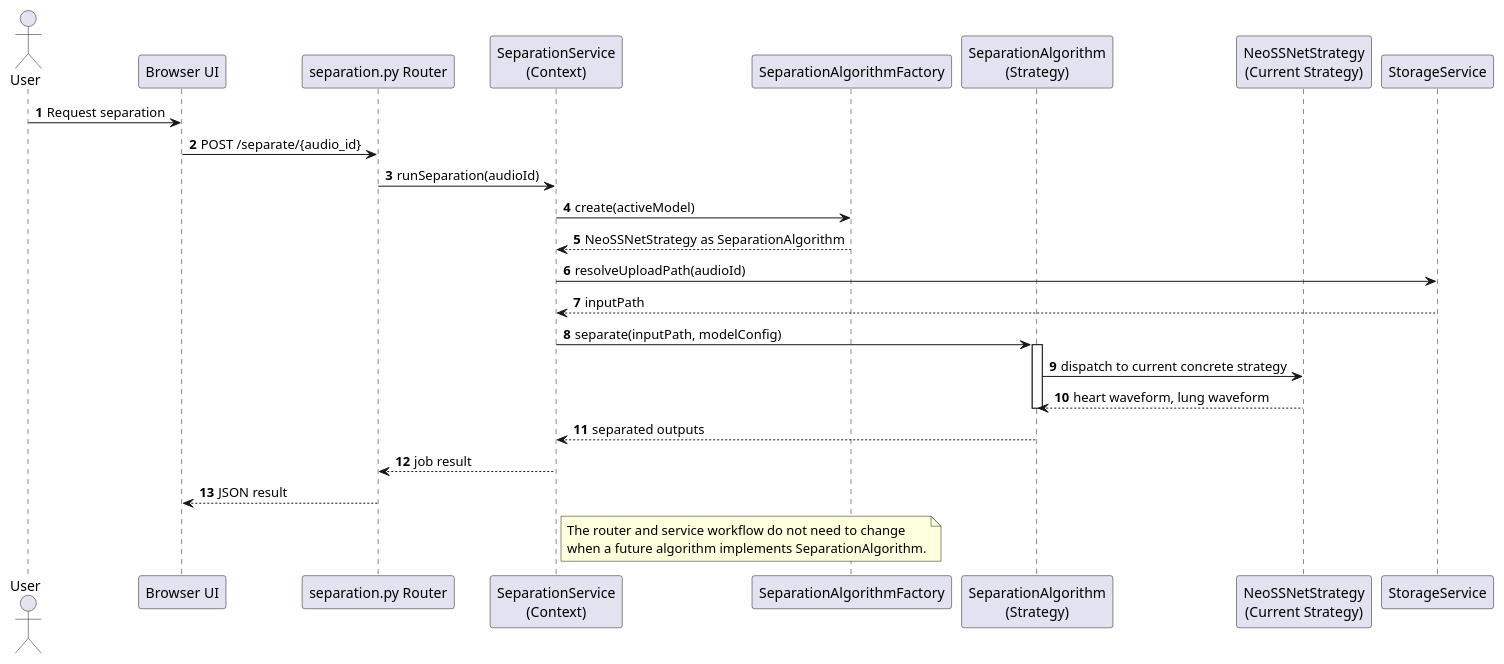
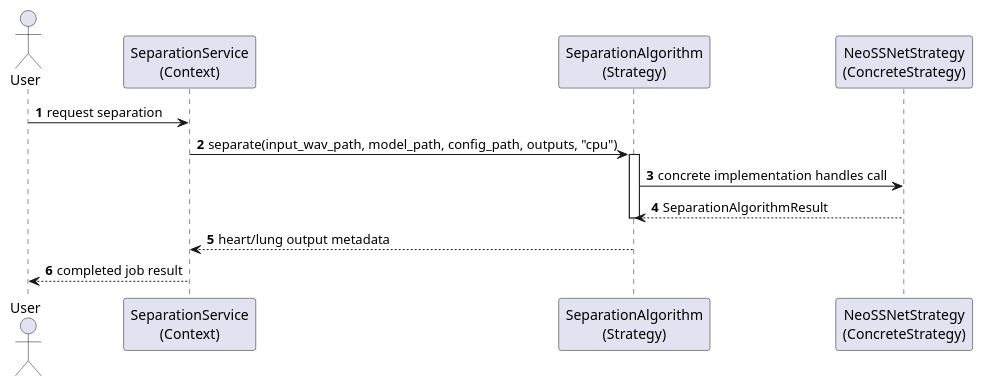
Before and after one commit to ASHRAF-2004/Machine-Learning-Based-System-for-Cardiopulmonary-Sound-Separation: the diagram in docs/software_design_report/diagrams/puml/strategy_sequence.puml, drawn with PlantUML. The commit also changed 15 other files, not shown here.

```diff
--- a/docs/software_design_report/diagrams/puml/strategy_sequence.puml
+++ b/docs/software_design_report/diagrams/puml/strategy_sequence.puml
@@ -1,42 +1,22 @@
 @startuml
 ' Strategy Pattern sequence diagram.
-' Suggested LaTeX placement: normal page or landscape if rendered wide.
+' Suggested LaTeX placement: normal page.
 
 skinparam shadowing false
 autonumber
 
 actor User
-participant "Browser UI" as Browser
-participant "separation.py Router" as Router
 participant "SeparationService\n(Context)" as Service
-participant "SeparationAlgorithmFactory" as Factory
-participant "SeparationAlgorithm\n(Strategy)" as Strategy
-participant "NeoSSNetStrategy\n(Current Strategy)" as NeoSSNet
-participant "StorageService" as Storage
+participant "SeparationAlgorithm\n(Strategy)" as Algorithm
+participant "NeoSSNetStrategy\n(ConcreteStrategy)" as NeoSSNet
 
-User -> Browser : Request separation
-Browser -> Router : POST /separate/{audio_id}
-Router -> Service : runSeparation(audioId)
-
-Service -> Factory : create(activeModel)
-Factory --> Service : NeoSSNetStrategy as SeparationAlgorithm
-
-Service -> Storage : resolveUploadPath(audioId)
-Storage --> Service : inputPath
-
-Service -> Strategy : separate(inputPath, modelConfig)
-activate Strategy
-Strategy -> NeoSSNet : dispatch to current concrete strategy
-NeoSSNet --> Strategy : heart waveform, lung waveform
-deactivate Strategy
-
-Strategy --> Service : separated outputs
-Service --> Router : job result
-Router --> Browser : JSON result
-
-note right of Service
-  The router and service workflow do not need to change
-  when a future algorithm implements SeparationAlgorithm.
-end note
+User -> Service : request separation
+Service -> Algorithm : separate(input_wav_path, model_path, config_path, outputs, "cpu")
+activate Algorithm
+Algorithm -> NeoSSNet : concrete implementation handles call
+NeoSSNet --> Algorithm : SeparationAlgorithmResult
+deactivate Algorithm
+Algorithm --> Service : heart/lung output metadata
+Service --> User : completed job result
 
 @enduml
```
